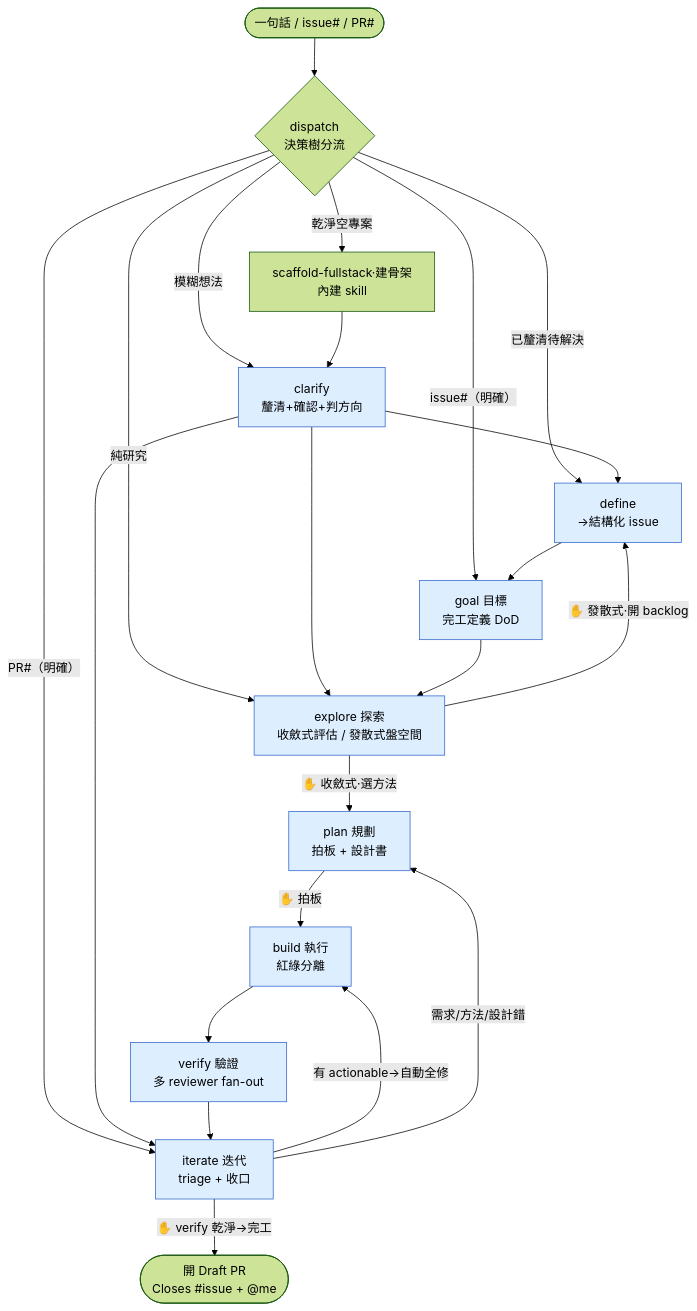
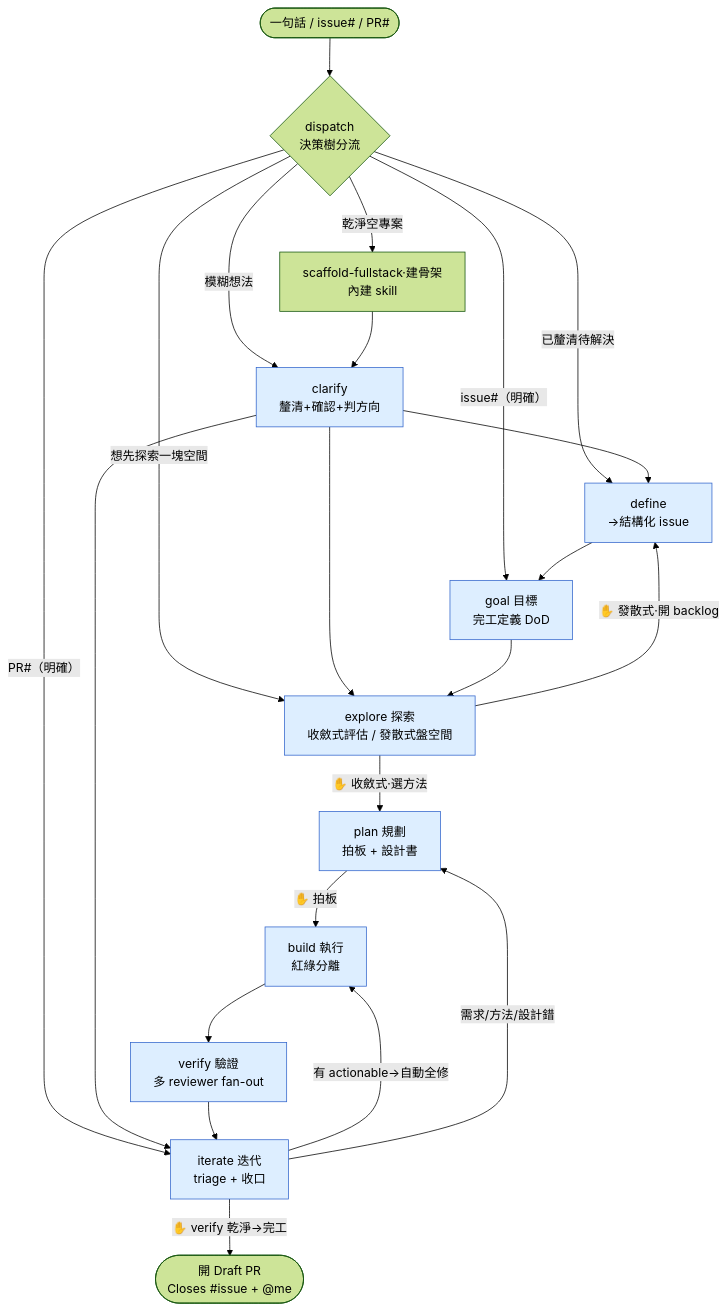
Before and after one commit to adha9990/dev-workflows: the first of 3 diagrams in plugins/loops-workflow/docs/FLOW.md, drawn with Mermaid (forest theme). The commit also changed other lines of this file and 6 other files, not shown here.

````diff
--- a/plugins/loops-workflow/docs/FLOW.md
+++ b/plugins/loops-workflow/docs/FLOW.md
@@ -11,30 +11,30 @@
 ```mermaid
 flowchart TD
     START([一句話 / issue# / PR#]) --> D{dispatch<br/>決策樹分流}
 
     D -->|乾淨空專案| SC[scaffold-fullstack·建骨架<br/>內建 skill]
     D -->|issue#（明確）| G
     D -->|PR#（明確）| IT
     D -->|模糊想法| CL[clarify<br/>釐清+確認+判方向]
     D -->|已釐清待解決| DEF[define<br/>→結構化 issue]
-    D -->|純研究| E
+    D -->|想先探索一塊空間| E
     SC --> CL
     CL --> DEF
     CL --> E
     CL --> IT
     DEF --> G
 
     G[goal 目標<br/>完工定義 DoD] --> E[explore 探索<br/>收斂式評估 / 發散式盤空間]
     E -->|✋ 收斂式·選方法| P[plan 規劃<br/>拍板 + 設計書]
     E -->|✋ 發散式·開 backlog| DEF
     P -->|✋ 拍板| B[build 執行<br/>紅綠分離]
     B --> V[verify 驗證<br/>多 reviewer fan-out]
     V --> IT[iterate 迭代<br/>triage + 收口]
 
     IT -->|有 actionable→自動全修| B
     IT -->|需求/方法/設計錯| P
     IT -->|✋ verify 乾淨→完工| SHIP([開 Draft PR<br/>Closes #issue + @me])
 
     classDef stage fill:#def,stroke:#36c
     class G,E,P,B,V,IT,DEF,CL stage
 ```
````
